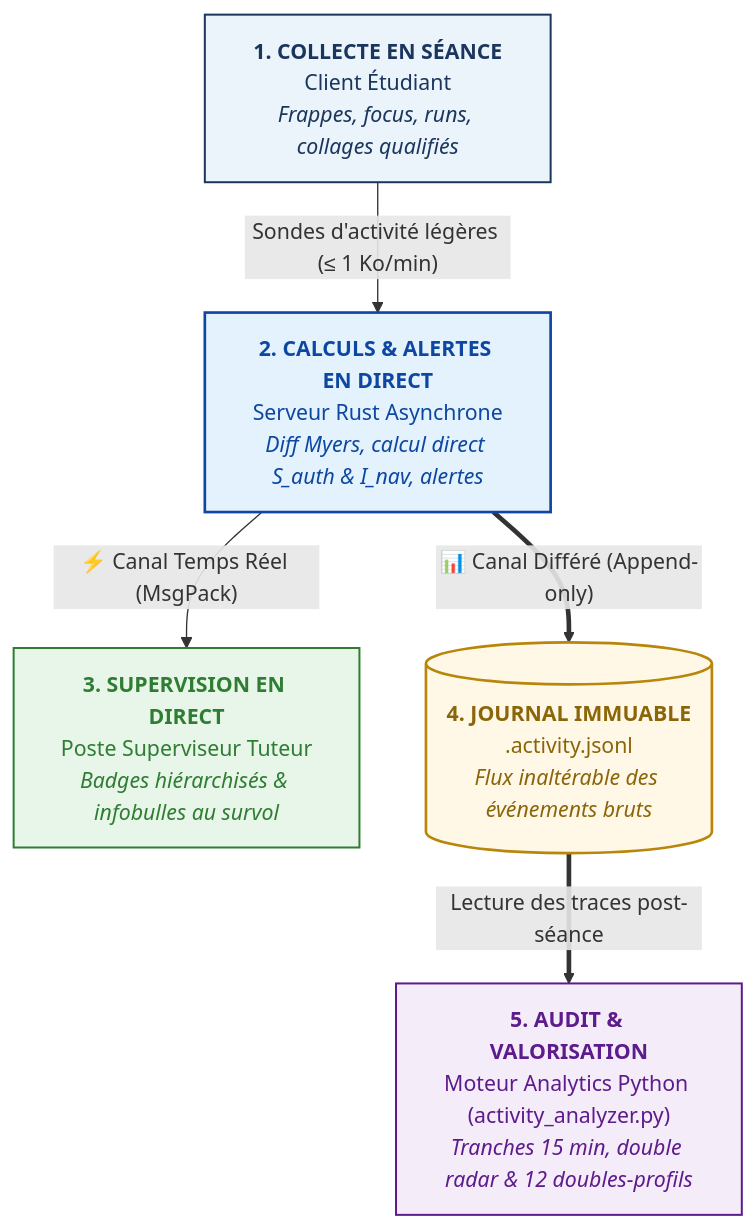
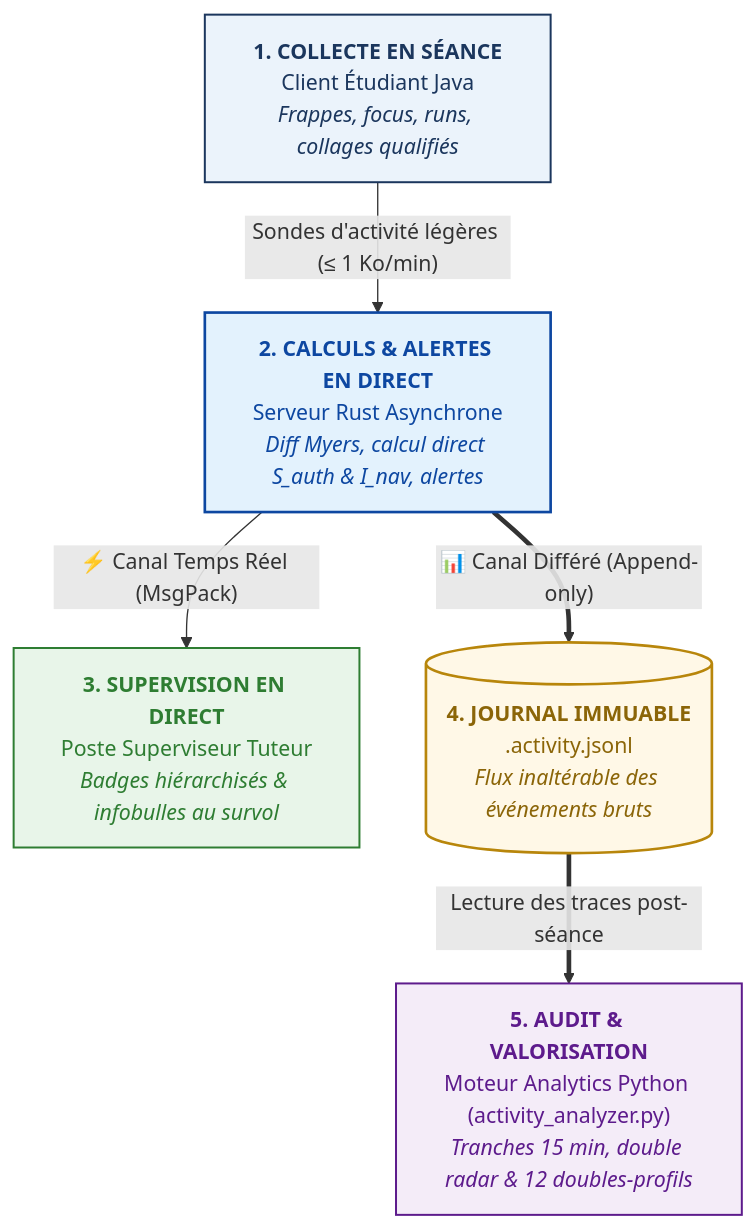
Before and after one commit to jlehuen/CodeLab: the first of 5 diagrams in docs/ACTIVITY_TRACKING.md, drawn with Mermaid. The commit also changed 1 other file, not shown here.

Commit message:
docs: ajustement du libelle Client Etudiant Java

````diff
--- a/docs/ACTIVITY_TRACKING.md
+++ b/docs/ACTIVITY_TRACKING.md
@@ -22,23 +22,23 @@
 ```mermaid
 flowchart TD
-    E["<b>1. COLLECTE EN SÉANCE</b><br/>Client Étudiant<br/><i>Frappes, focus, runs, collages qualifiés</i>"]
+    E["<b>1. COLLECTE EN SÉANCE</b><br/>Client Étudiant Java<br/><i>Frappes, focus, runs, collages qualifiés</i>"]
     -->|"Sondes d'activité légères (≤ 1 Ko/min)"| S["<b>2. CALCULS &amp; ALERTES EN DIRECT</b><br/>Serveur Rust Asynchrone<br/><i>Diff Myers, calcul direct S_auth &amp; I_nav, alertes</i>"]
 
     S -->|"⚡ Canal Temps Réel (MsgPack)"| T["<b>3. SUPERVISION EN DIRECT</b><br/>Poste Superviseur Tuteur<br/><i>Badges hiérarchisés &amp; infobulles au survol</i>"]
 
     S ==>|"📊 Canal Différé (Append-only)"| J[("<b>4. JOURNAL IMMUABLE</b><br/>.activity.jsonl<br/><i>Flux inaltérable des événements bruts</i>")]
 
     J ==>|"Lecture des traces post-séance"| A["<b>5. AUDIT &amp; VALORISATION</b><br/>Moteur Analytics Python (activity_analyzer.py)<br/><i>Tranches 15 min, double radar &amp; 12 doubles-profils</i>"]
 
     classDef client fill:#EBF3FB,stroke:#1B365D,stroke-width:1.5px,color:#1B365D;
     classDef server fill:#E3F2FD,stroke:#0D47A1,stroke-width:2px,color:#0D47A1;
     classDef tuteur fill:#E8F5E9,stroke:#2E7D32,stroke-width:1.5px,color:#2E7D32;
     classDef journal fill:#FFF8E7,stroke:#B8860B,stroke-width:2px,color:#8B6508;
     classDef audit fill:#F4ECF8,stroke:#5D1B8C,stroke-width:1.5px,color:#5D1B8C;
 
     class E client;
     class S server;
     class T tuteur;
     class J journal;
     class A audit;
 ```
````
